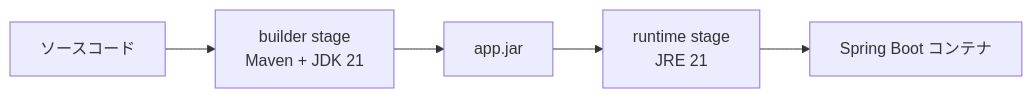
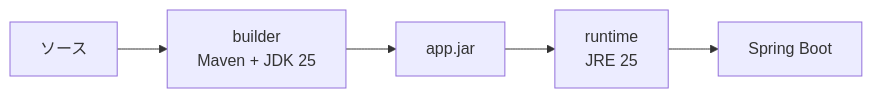
Before and after one commit to DRS22DownForce/SmartHouseholdAccountBook: the diagram in docs/infrastructure/02-docker.md, drawn with Mermaid. The commit also changed other lines of this file and 38 other files, not shown here.

````diff
--- a/docs/infrastructure/02-docker.md
+++ b/docs/infrastructure/02-docker.md
@@ -231,10 +153,10 @@
 ```mermaid
 flowchart LR
-    Source["ソースコード"]
-    Builder["builder stage<br/>Maven + JDK 21"]
+    Source["ソース"]
+    Builder["builder<br/>Maven + JDK 25"]
     Jar["app.jar"]
-    Runtime["runtime stage<br/>JRE 21"]
-    Container["Spring Boot コンテナ"]
+    Runtime["runtime<br/>JRE 25"]
+    Container["Spring Boot"]
 
     Source --> Builder --> Jar --> Runtime --> Container
 ```
````
